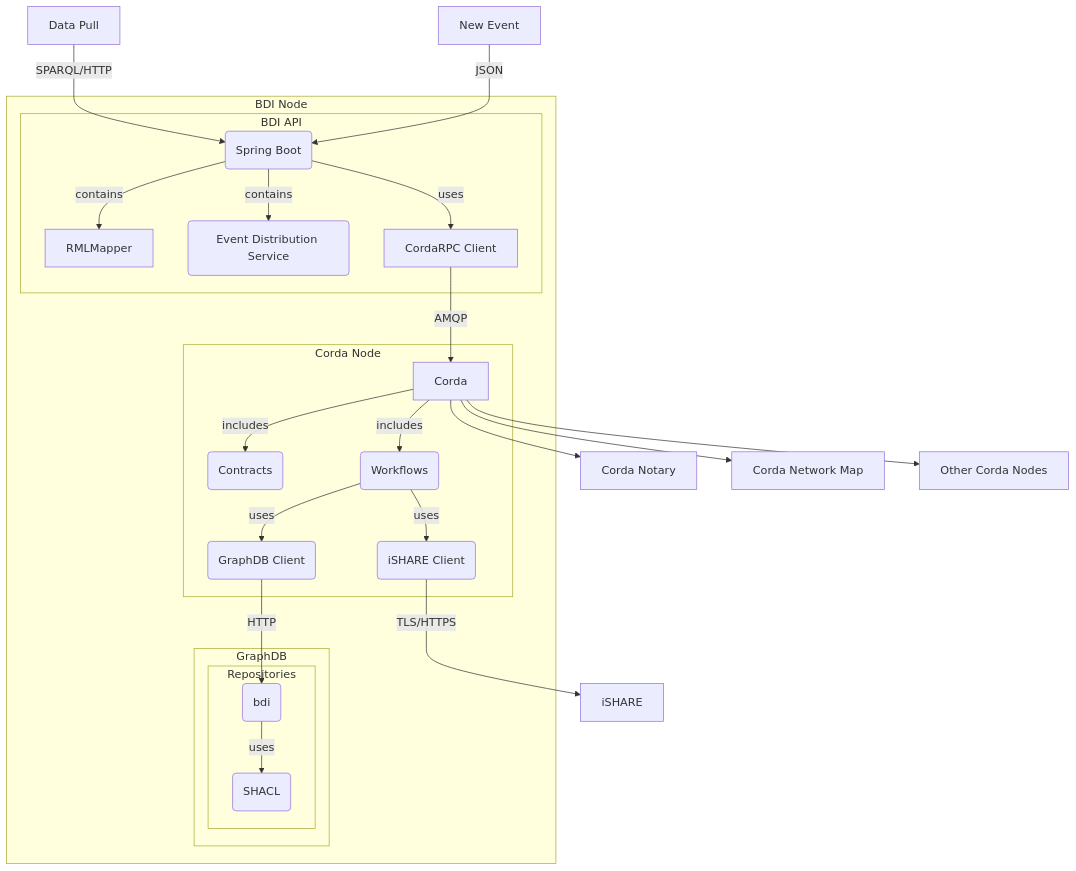
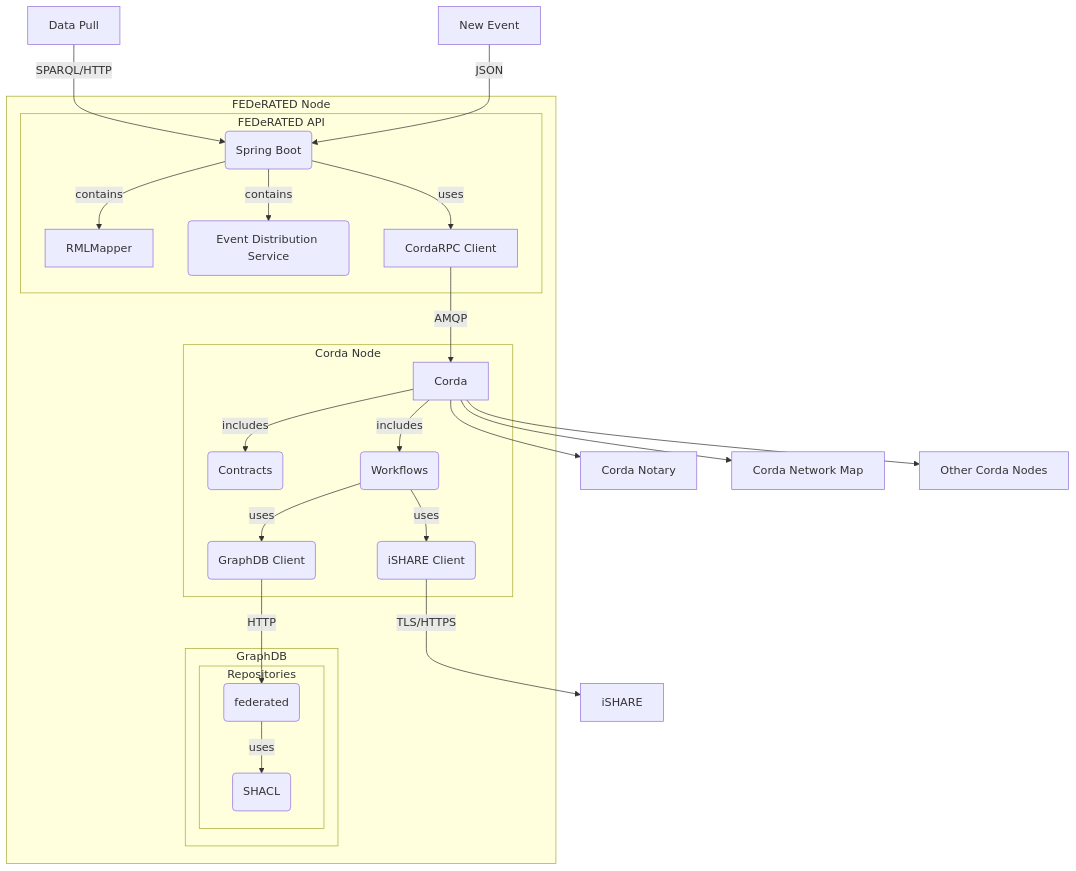
One commit to federatedplatforms/FEDeRATED-BDI changed the diagram in docs/README.md. Above: the diagram before and after it, drawn with Mermaid. The commit also changed other lines of this file and 30 other files, not shown here.

Commit message:
Rename all occurrences of bdi to federated

````diff
--- a/docs/README.md
+++ b/docs/README.md
@@ -7,29 +7,29 @@
 ```mermaid
 graph TD
     DataPull[Data Pull] -- SPARQL/HTTP --> API
     PublishEvent[New Event] -- JSON --> API
-        subgraph BDI Node
-            subgraph api[BDI API]
+        subgraph FEDeRATED Node
+            subgraph api[FEDeRATED API]
             API(Spring Boot) -- contains --> RMLMapper
             API -- contains --> EventDistribution(Event Distribution Service)
             API -- uses --> CordaRPC[CordaRPC Client]
             end
             CordaRPC -- AMQP --> CORDA[Corda]
             subgraph Corda Node [Corda Node]
                 CORDA -- includes --> Contracts(Contracts)
                 CORDA -- includes --> Workflows(Workflows)
                 Workflows -- uses --> iSHARE(iSHARE Client)
                 Workflows -- uses --> GRAPHDB(GraphDB Client)
             end
             subgraph GraphDB
                 subgraph Repositories
-                    GRAPHDB -- HTTP --> BDI(bdi)
-                    BDI -- uses --> SHACL(SHACL)
+                    GRAPHDB -- HTTP --> FEDeRATED(federated)
+                    FEDeRATED -- uses --> SHACL(SHACL)
                 end
             end
         end
     CORDA --> Notary[Corda Notary]
     CORDA --> NetworkMap[Corda Network Map]
     CORDA --> OtherCorda[Other Corda Nodes]    
     iSHARE -- TLS/HTTPS --> ISHARE[iSHARE]
 ```
````
